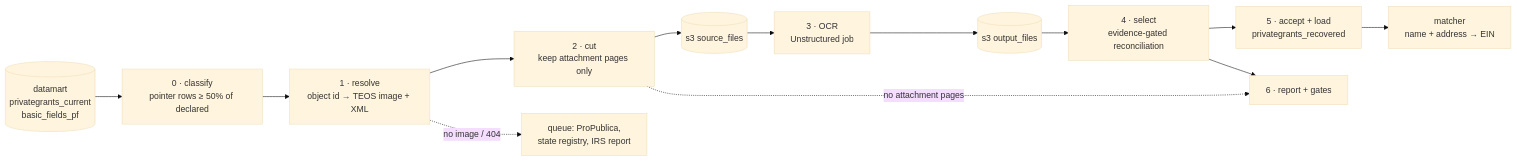
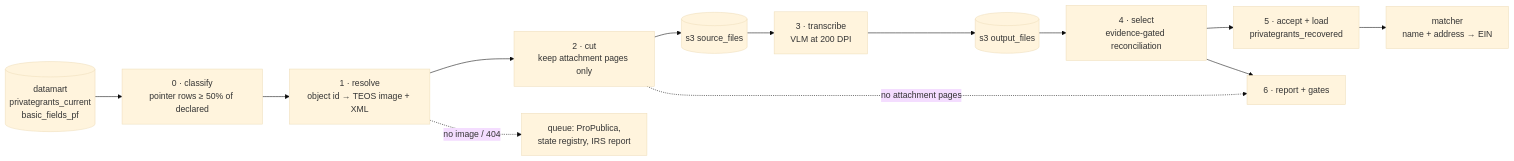
One commit to vibrant-data-labs/givingtuesday-datamart changed the diagram in docs/placeholder_recovery_pipeline.md. Above: the diagram before and after it, drawn with Mermaid (base theme). The commit also changed other lines of this file and 5 other files, not shown here.

````diff
--- a/docs/placeholder_recovery_pipeline.md
+++ b/docs/placeholder_recovery_pipeline.md
@@ -10,18 +10,18 @@
 ```mermaid
 flowchart LR
     DB[(datamart<br/>privategrants_current<br/>basic_fields_pf)]
     C0[0 · classify<br/>pointer rows ≥ 50% of declared]
     C1[1 · resolve<br/>object id → TEOS image + XML]
     C2[2 · cut<br/>keep attachment pages only]
     S3a[(s3 source_files)]
-    C3[3 · OCR<br/>Unstructured job]
+    C3[3 · transcribe<br/>VLM at 200 DPI]
     S3b[(s3 output_files)]
     C4[4 · select<br/>evidence-gated reconciliation]
     C5[5 · accept + load<br/>privategrants_recovered]
     M[matcher<br/>name + address → EIN]
     R[6 · report + gates]
     DB --> C0 --> C1 --> C2 --> S3a --> C3 --> S3b --> C4 --> C5 --> M
     C4 --> R
     C1 -. no image / 404 .-> Q[queue: ProPublica,<br/>state registry, IRS report]
     C2 -. no attachment pages .-> R
 ```
````
